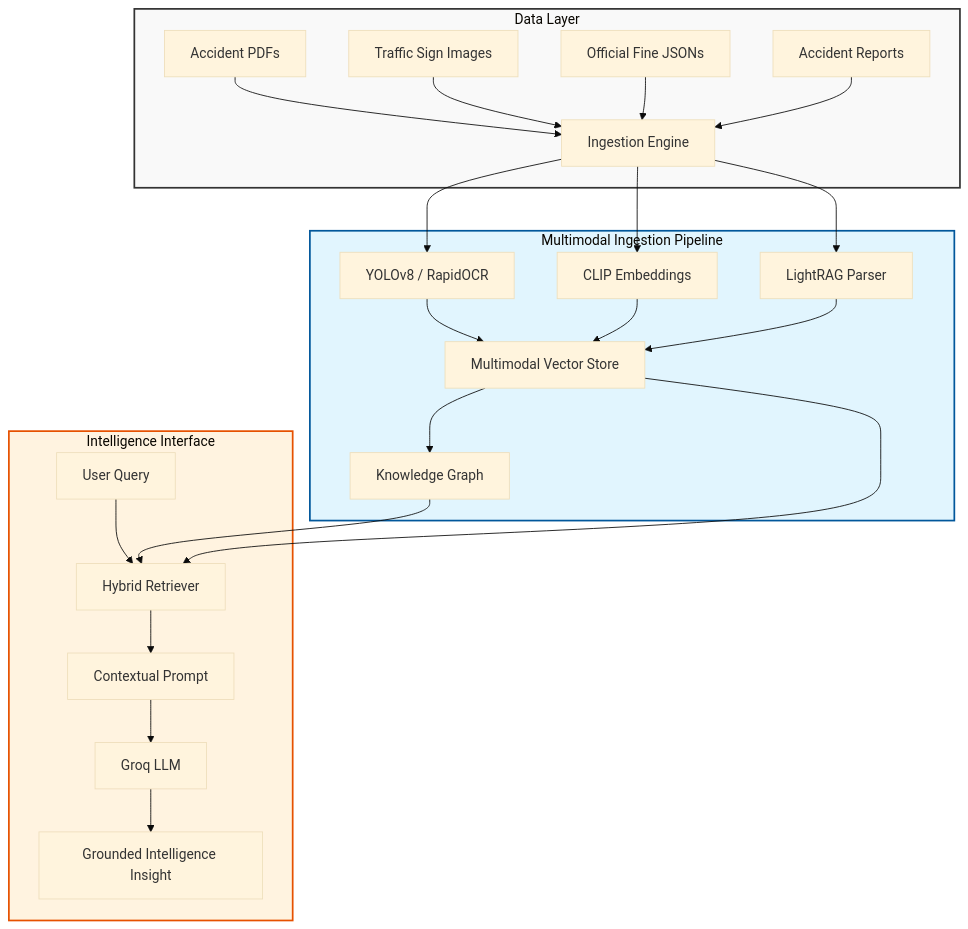
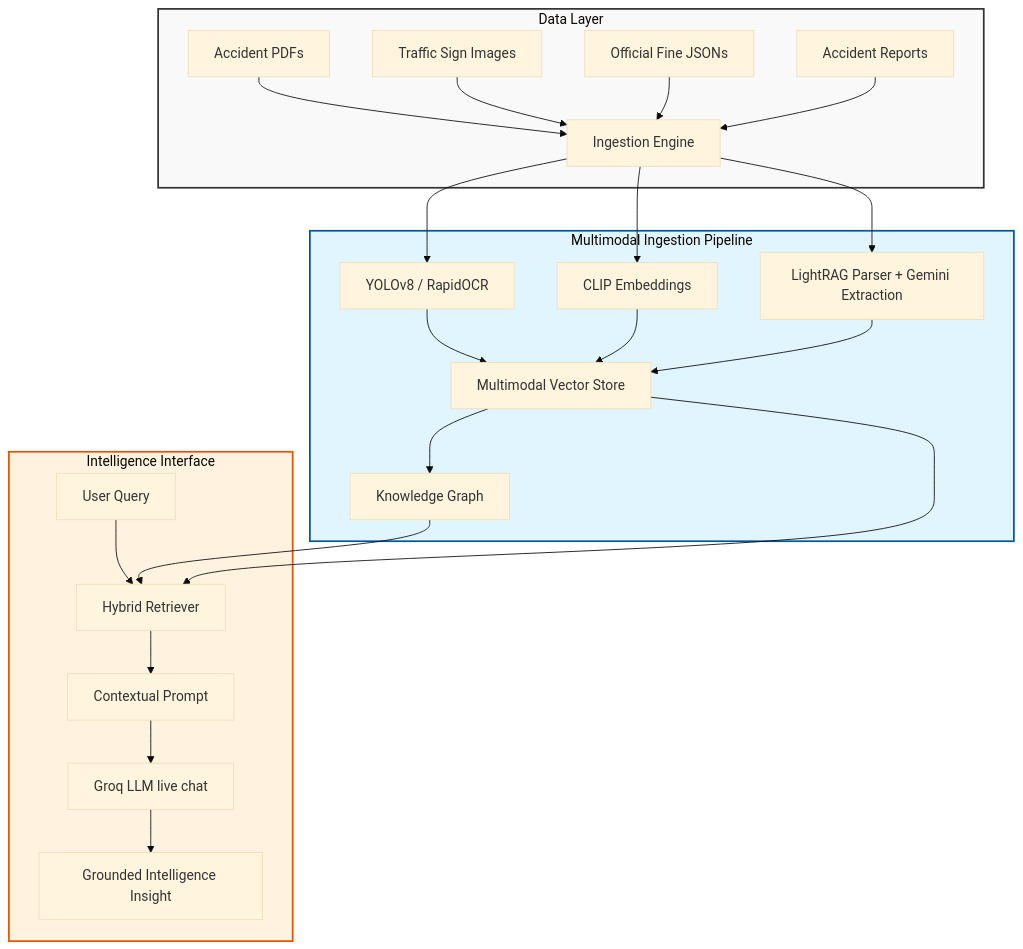
The first of 2 diagrams in README.md (salik702/Lahore-Traffic-System-Multimodal-RAG), drawn with Mermaid (base theme) before and after one commit. The commit also changed other lines of this file, not shown here.

Commit message:
Document Gemini for RAG ingestion alongside Groq chat in README

````diff
--- a/README.md
+++ b/README.md
@@ -67,30 +68,30 @@
 ```mermaid
 flowchart TD
     subgraph Data_Layer [Data Layer]
         A1[Accident PDFs] --> B
         A2[Traffic Sign Images] --> B
         A3[Official Fine JSONs] --> B
         A4[Accident Reports] --> B
     end
 
     subgraph Pipeline [Multimodal Ingestion Pipeline]
         B[Ingestion Engine] --> C1[YOLOv8 / RapidOCR]
         B --> C2[CLIP Embeddings]
-        B --> C3[LightRAG Parser]
+        B --> C3[LightRAG Parser + Gemini Extraction]
         C1 & C2 & C3 --> D[Multimodal Vector Store]
         D --> E[Knowledge Graph]
     end
 
     subgraph Retrieval [Intelligence Interface]
         F[User Query] --> G[Hybrid Retriever]
         E --> G
         D --> G
         G --> H[Contextual Prompt]
-        H --> I[Groq LLM]
+        H --> I[Groq LLM live chat]
         I --> J[Grounded Intelligence Insight]
     end
 
     style Data_Layer fill:#f9f9f9,stroke:#333,stroke-width:2px
     style Pipeline fill:#e1f5fe,stroke:#01579b,stroke-width:2px
     style Retrieval fill:#fff3e0,stroke:#e65100,stroke-width:2px
 ```
````
